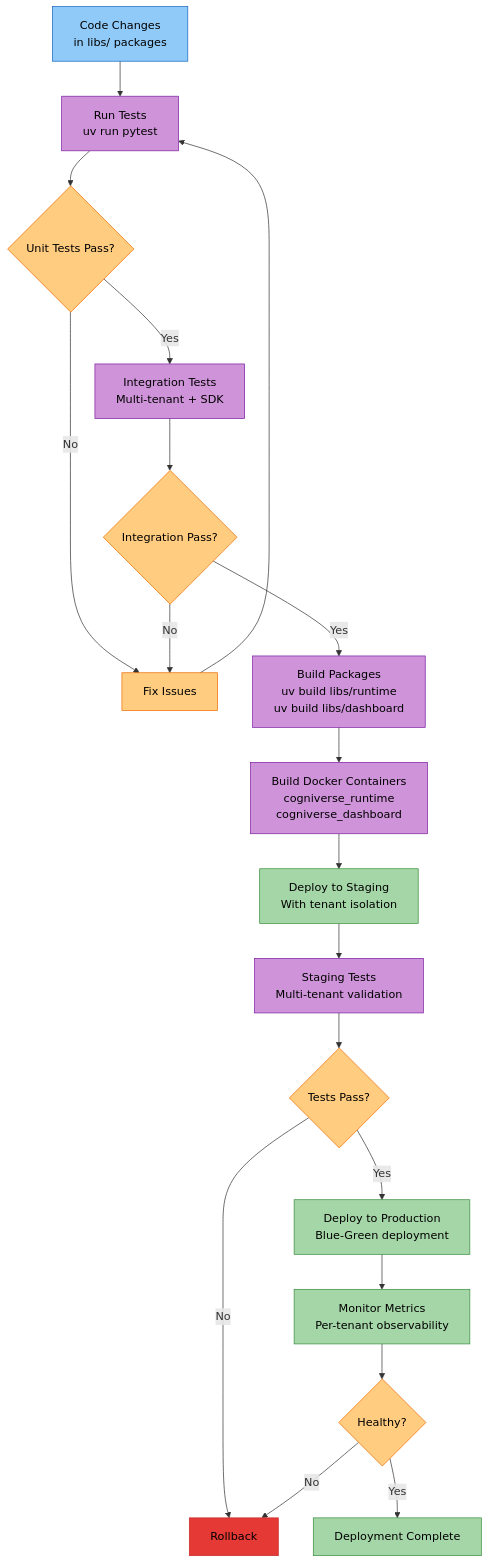
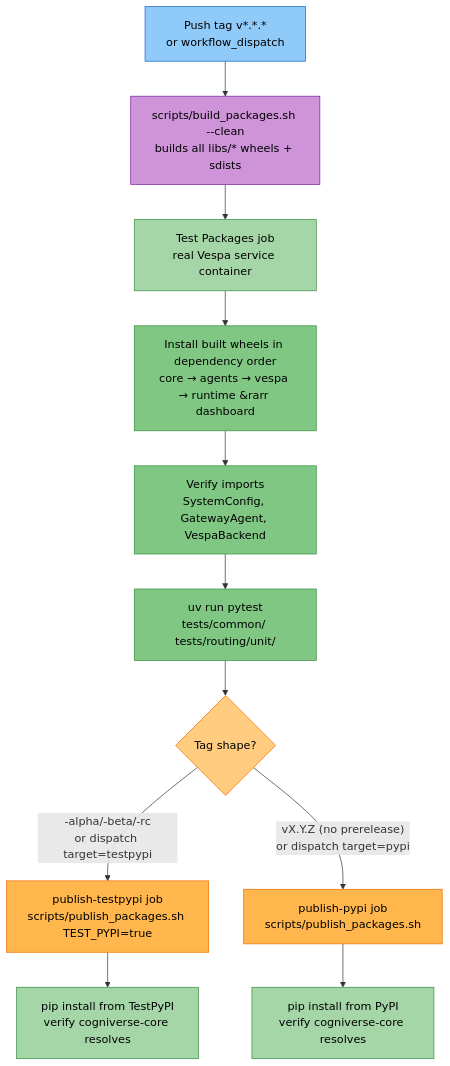
Before and after one commit to amit-jain/cogniverse: diagram 24 of 25 in docs/architecture/system-flows.md, drawn with Mermaid. The commit also changed other lines of this file and 7 other files, not shown here.

First line of the commit message:
Document all 23 agents and convert diagrams to mermaid

````diff
--- a/docs/architecture/system-flows.md
+++ b/docs/architecture/system-flows.md
@@ -935,48 +1065,29 @@
 ```mermaid
 flowchart TB
-    Code[<span style='color:#000'>Code Changes<br/>in libs/ packages</span>] --> Tests[<span style='color:#000'>Run Tests<br/>uv run pytest</span>]
+    Tag[<span style='color:#000'>Push tag v*.*.*<br/>or workflow_dispatch</span>] --> Build[<span style='color:#000'>scripts/build_packages.sh --clean<br/>builds all libs/* wheels + sdists</span>]
 
-    Tests --> UnitPass{<span style='color:#000'>Unit Tests Pass?</span>}
+    Build --> TestJob[<span style='color:#000'>Test Packages job<br/>real Vespa service container</span>]
+    TestJob --> Install[<span style='color:#000'>Install built wheels in dependency order<br/>core &rarr; agents &rarr; vespa &rarr; runtime &rarr; dashboard</span>]
+    Install --> VerifyImports[<span style='color:#000'>Verify imports<br/>SystemConfig, GatewayAgent, VespaBackend</span>]
+    VerifyImports --> RunTests[<span style='color:#000'>uv run pytest<br/>tests/common/ tests/routing/unit/</span>]
 
-    UnitPass -->|No| Fix[<span style='color:#000'>Fix Issues</span>]
-    Fix --> Tests
+    RunTests --> TagShape{<span style='color:#000'>Tag shape?</span>}
 
-    UnitPass -->|Yes| Integration[<span style='color:#000'>Integration Tests<br/>Multi-tenant + SDK</span>]
-    Integration --> IntPass{<span style='color:#000'>Integration Pass?</span>}
+    TagShape -->|"-alpha/-beta/-rc<br/>or dispatch target=testpypi"| TestPyPI[<span style='color:#000'>publish-testpypi job<br/>scripts/publish_packages.sh TEST_PYPI=true</span>]
+    TagShape -->|"vX.Y.Z (no prerelease)<br/>or dispatch target=pypi"| PyPI[<span style='color:#000'>publish-pypi job<br/>scripts/publish_packages.sh</span>]
 
-    IntPass -->|No| Fix
-    IntPass -->|Yes| BuildPkg[<span style='color:#000'>Build Packages<br/>uv build libs/runtime<br/>uv build libs/dashboard</span>]
+    TestPyPI --> VerifyInstallTest[<span style='color:#000'>pip install from TestPyPI<br/>verify cogniverse-core resolves</span>]
+    PyPI --> VerifyInstallProd[<span style='color:#000'>pip install from PyPI<br/>verify cogniverse-core resolves</span>]
 
-    BuildPkg --> Containers[<span style='color:#000'>Build Docker Containers<br/>cogniverse_runtime<br/>cogniverse_dashboard</span>]
-
-    Containers --> Stage[<span style='color:#000'>Deploy to Staging<br/>With tenant isolation</span>]
-
-    Stage --> StageTest[<span style='color:#000'>Staging Tests<br/>Multi-tenant validation</span>]
-    StageTest --> StagePass{<span style='color:#000'>Tests Pass?</span>}
-
-    StagePass -->|No| Rollback[<span style='color:#000'>Rollback</span>]
-    StagePass -->|Yes| Prod[<span style='color:#000'>Deploy to Production<br/>Blue-Green deployment</span>]
-
-    Prod --> Monitor[<span style='color:#000'>Monitor Metrics<br/>Per-tenant observability</span>]
-    Monitor --> Health{<span style='color:#000'>Healthy?</span>}
-
-    Health -->|No| Rollback
-    Health -->|Yes| Complete[<span style='color:#000'>Deployment Complete</span>]
-
-    style Code fill:#90caf9,stroke:#1565c0,color:#000
-    style Tests fill:#ce93d8,stroke:#7b1fa2,color:#000
-    style UnitPass fill:#ffcc80,stroke:#ef6c00,color:#000
-    style Fix fill:#ffcc80,stroke:#ef6c00,color:#000
-    style Integration fill:#ce93d8,stroke:#7b1fa2,color:#000
-    style IntPass fill:#ffcc80,stroke:#ef6c00,color:#000
-    style BuildPkg fill:#ce93d8,stroke:#7b1fa2,color:#000
-    style Containers fill:#ce93d8,stroke:#7b1fa2,color:#000
-    style Stage fill:#a5d6a7,stroke:#388e3c,color:#000
-    style StageTest fill:#ce93d8,stroke:#7b1fa2,color:#000
-    style StagePass fill:#ffcc80,stroke:#ef6c00,color:#000
-    style Rollback fill:#e53935,stroke:#c62828,color:#fff
-    style Prod fill:#a5d6a7,stroke:#388e3c,color:#000
-    style Monitor fill:#a5d6a7,stroke:#388e3c,color:#000
-    style Health fill:#ffcc80,stroke:#ef6c00,color:#000
-    style Complete fill:#a5d6a7,stroke:#388e3c,color:#000
+    style Tag fill:#90caf9,stroke:#1565c0,color:#000
+    style Build fill:#ce93d8,stroke:#7b1fa2,color:#000
+    style TestJob fill:#a5d6a7,stroke:#388e3c,color:#000
+    style Install fill:#81c784,stroke:#388e3c,color:#000
+    style VerifyImports fill:#81c784,stroke:#388e3c,color:#000
+    style RunTests fill:#81c784,stroke:#388e3c,color:#000
+    style TagShape fill:#ffcc80,stroke:#ef6c00,color:#000
+    style TestPyPI fill:#ffb74d,stroke:#ef6c00,color:#000
+    style PyPI fill:#ffb74d,stroke:#ef6c00,color:#000
+    style VerifyInstallTest fill:#a5d6a7,stroke:#388e3c,color:#000
+    style VerifyInstallProd fill:#a5d6a7,stroke:#388e3c,color:#000
 ```
````
